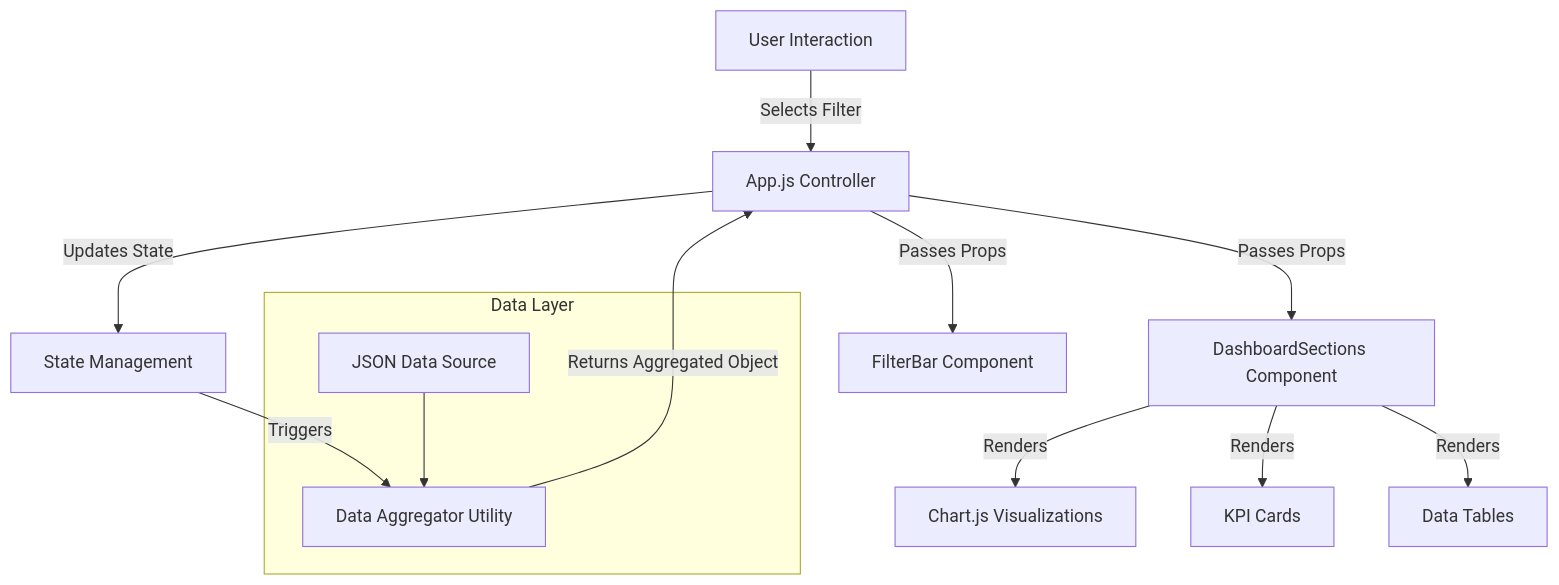
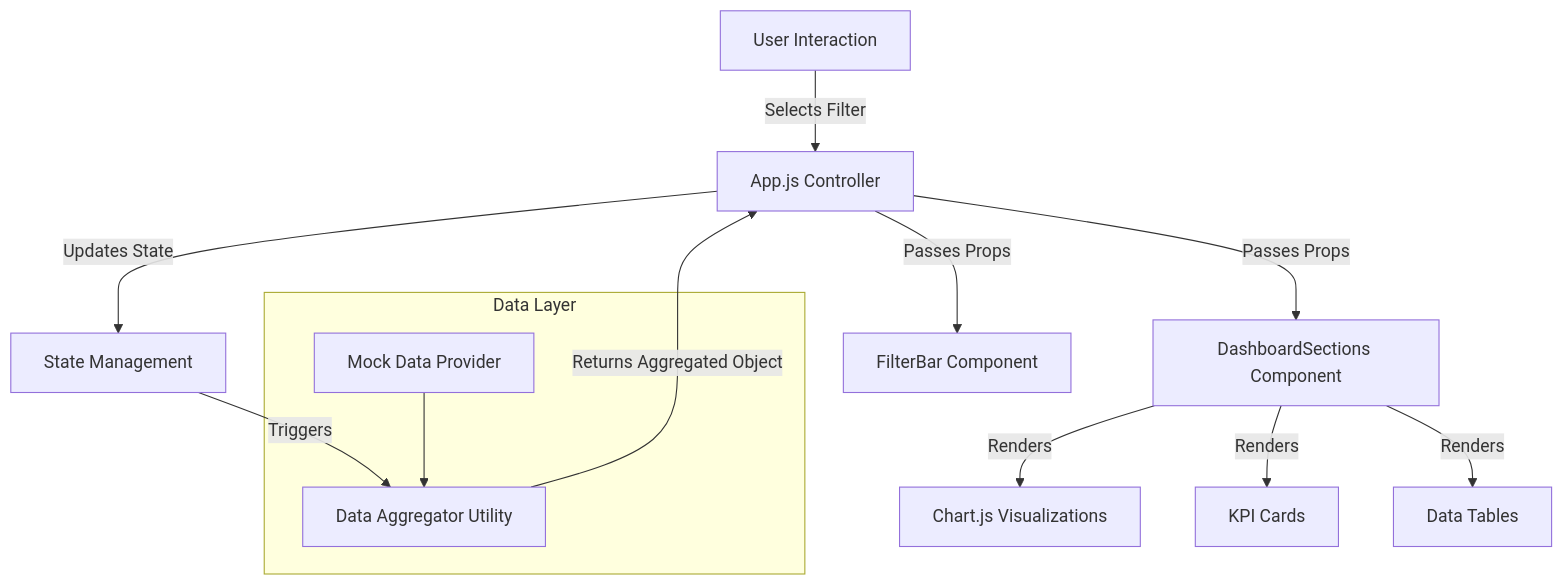
Before and after one commit to VardhanRangineni/Medplus-Customer-Dashboard: the diagram in README.md, drawn with Mermaid. The commit also changed other lines of this file, not shown here.

First line of the commit message:
Revise README with data integration and module details

````diff
--- a/README.md
+++ b/README.md
@@ -20,18 +20,18 @@
 ```mermaid
 graph TD
     User[User Interaction] -->|Selects Filter| App[App.js Controller]
     App -->|Updates State| StateMgr[State Management]
     StateMgr -->|Triggers| Aggregator[Data Aggregator Utility]
     
     subgraph Data Layer
-        RawData[JSON Data Source] --> Aggregator
+        MockData[Mock Data Provider] --> Aggregator
     end
     
     Aggregator -->|Returns Aggregated Object| App
     App -->|Passes Props| Dashboard[DashboardSections Component]
     App -->|Passes Props| FilterBar[FilterBar Component]
     
     Dashboard -->|Renders| Charts[Chart.js Visualizations]
     Dashboard -->|Renders| KPIs[KPI Cards]
     Dashboard -->|Renders| Tables[Data Tables]
 ```
````
